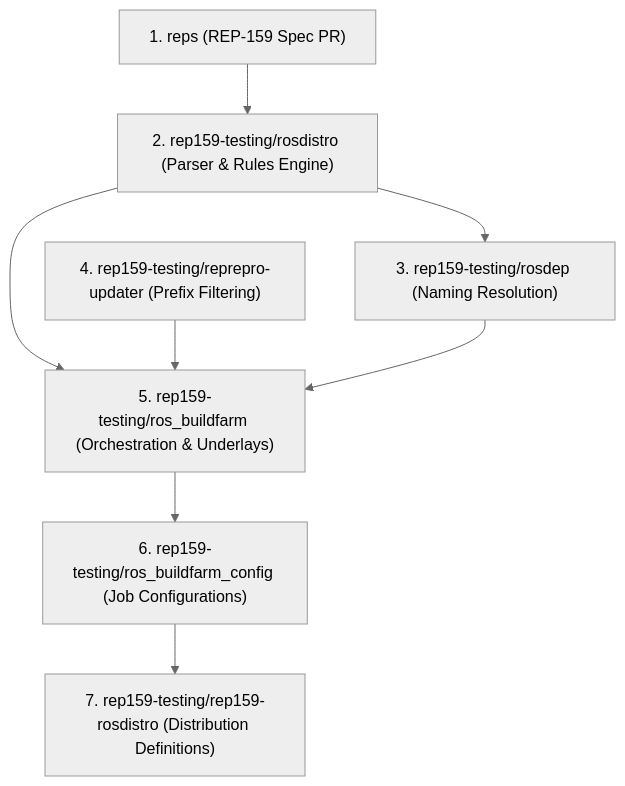
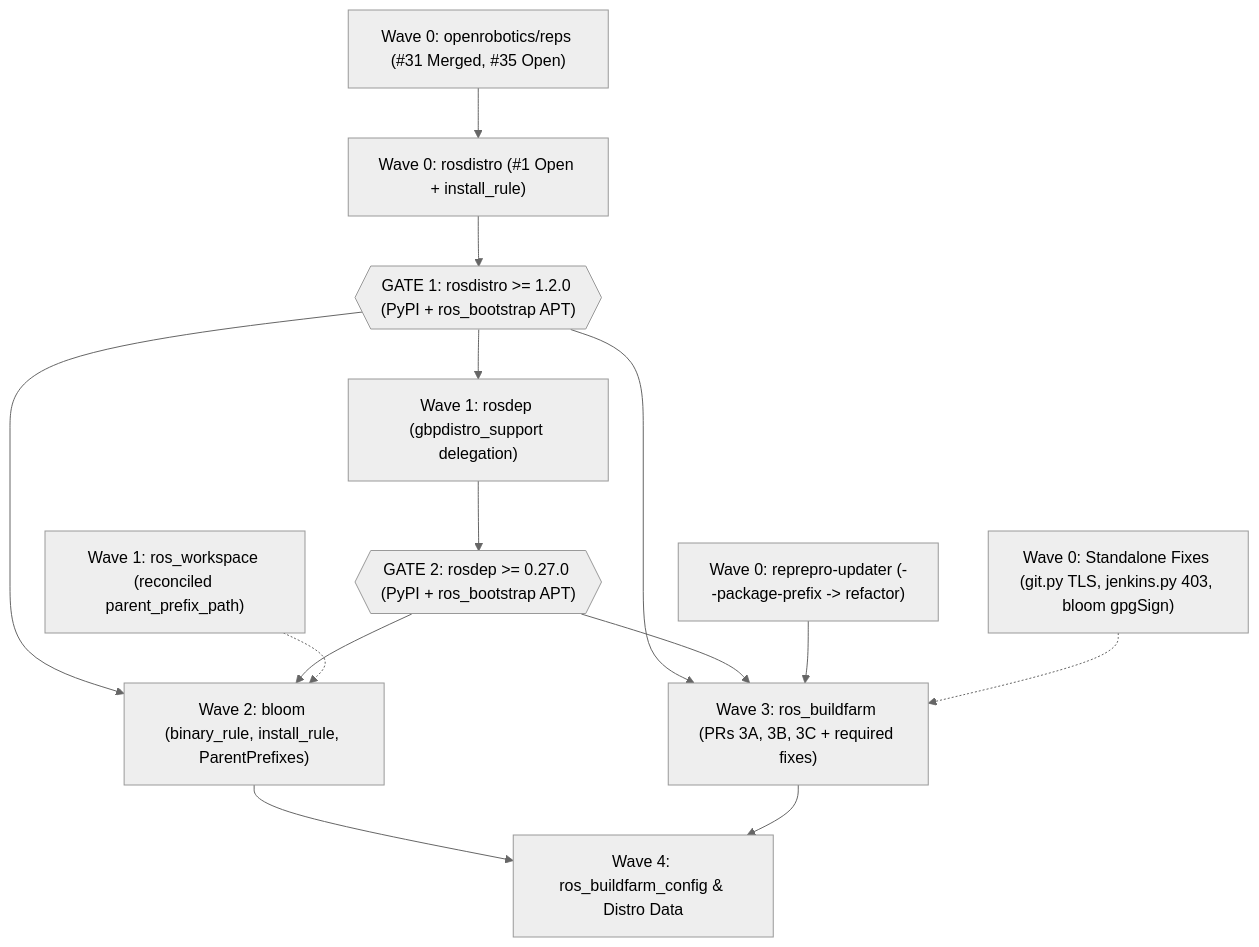
The first of 7 diagrams in STAGE_PR_AND_ISSUE_MAP.md (KmoM88/rep159-testing), drawn with Mermaid (neutral theme) before and after one commit. The commit also changed other lines of this file and 10 other files, not shown here.

Commit message:
docs: add release-gated PR plan, separate core vs engineering fixes beyond rosdistro, and fix Gist links

````diff
--- a/STAGE_PR_AND_ISSUE_MAP.md
+++ b/STAGE_PR_AND_ISSUE_MAP.md
@@ -17,18 +23,26 @@
 ```mermaid
 flowchart TD
-    REPS["1. reps (REP-159 Spec PR)"]
-    ROSDISTRO["2. rep159-testing/rosdistro (Parser & Rules Engine)"]
-    ROSDEP["3. rep159-testing/rosdep (Naming Resolution)"]
-    REPREPRO["4. rep159-testing/reprepro-updater (Prefix Filtering)"]
-    BUILDFARM["5. rep159-testing/ros_buildfarm (Orchestration & Underlays)"]
-    CONFIG["6. rep159-testing/ros_buildfarm_config (Job Configurations)"]
-    ROSDISTRO_DATA["7. rep159-testing/rep159-rosdistro (Distribution Definitions)"]
+    REPS["Wave 0: openrobotics/reps (#31 Merged, #35 Open)"]
+    REPREPRO["Wave 0: reprepro-updater (--package-prefix -> refactor)"]
+    UTIL["Wave 0: Standalone Fixes (git.py TLS, jenkins.py 403, bloom gpgSign)"]
+    ROSDISTRO["Wave 0: rosdistro (#1 Open + install_rule)"]
+    G1{{"GATE 1: rosdistro >= 1.2.0 (PyPI + ros_bootstrap APT)"}}
+    ROSDEP["Wave 1: rosdep (gbpdistro_support delegation)"]
+    WORKSPACE["Wave 1: ros_workspace (reconciled parent_prefix_path)"]
+    G2{{"GATE 2: rosdep >= 0.27.0 (PyPI + ros_bootstrap APT)"}}
+    BLOOM["Wave 2: bloom (binary_rule, install_rule, ParentPrefixes)"]
+    BUILDFARM["Wave 3: ros_buildfarm (PRs 3A, 3B, 3C + required fixes)"]
+    CONFIG["Wave 4: ros_buildfarm_config & Distro Data"]
 
-    REPS --> ROSDISTRO
-    ROSDISTRO --> ROSDEP
-    ROSDISTRO --> BUILDFARM
+    REPS --> ROSDISTRO --> G1
+    G1 --> ROSDEP --> G2
+    G1 --> BLOOM
+    G2 --> BLOOM
+    WORKSPACE -.-> BLOOM
+    G1 --> BUILDFARM
+    G2 --> BUILDFARM
     REPREPRO --> BUILDFARM
-    ROSDEP --> BUILDFARM
+    UTIL -.-> BUILDFARM
+    BLOOM --> CONFIG
     BUILDFARM --> CONFIG
-    CONFIG --> ROSDISTRO_DATA
 ```
````
